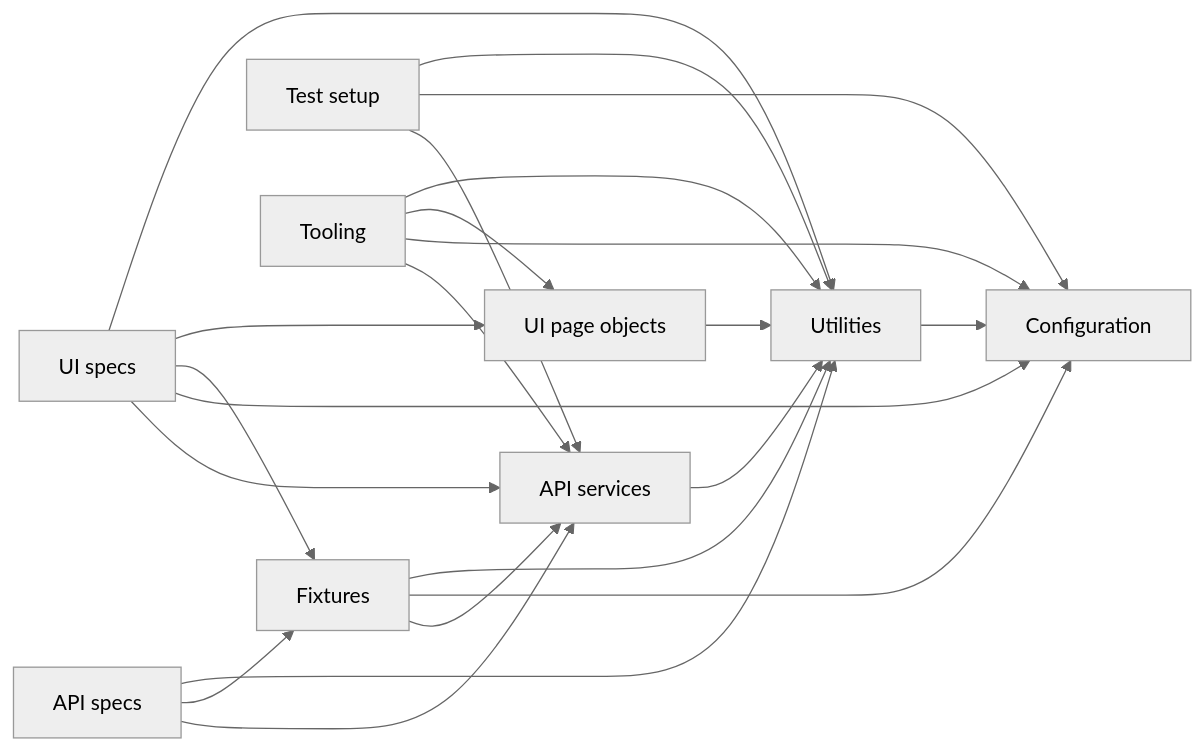
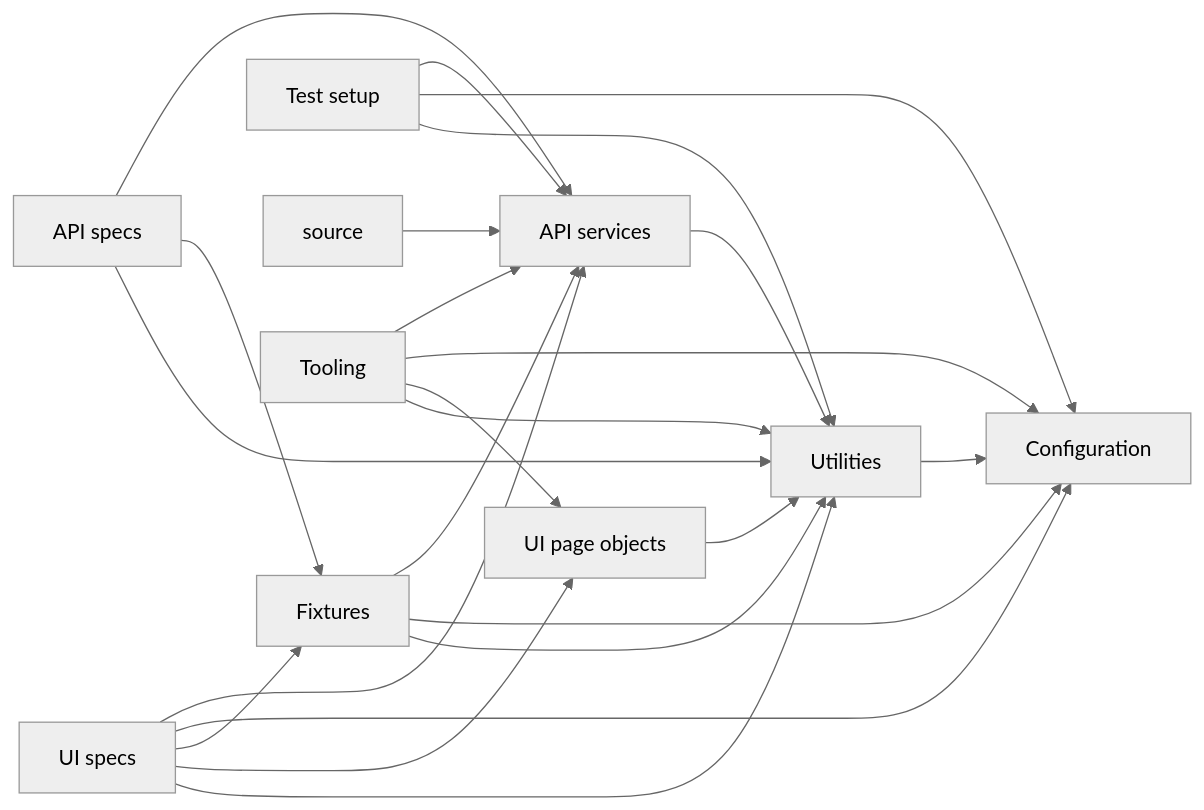
The diagram in knowledge/generated/graphs/architecture.md (Mallikarjun-Roddannavar/playwright-agentic-automation), drawn with Mermaid (neutral theme) before and after one commit. The commit also changed other lines of this file and 208 other files, not shown here.

````diff
--- a/knowledge/generated/graphs/architecture.md
+++ b/knowledge/generated/graphs/architecture.md
@@ -33,33 +33,35 @@
 ```mermaid
 flowchart LR
   node_6de4de0315["API services"]
   node_b2229e984a["API specs"]
   node_63f40f4be5["Configuration"]
   node_41089dbc2c["Fixtures"]
   node_75f969eee6["Test setup"]
+  node_29e482bf45["source"]
   node_35c7777589["Tooling"]
   node_560b1bca30["UI page objects"]
   node_a071ef0445["UI specs"]
   node_191ace11ef["Utilities"]
   node_6de4de0315 --> node_191ace11ef
   node_b2229e984a --> node_6de4de0315
   node_b2229e984a --> node_41089dbc2c
   node_b2229e984a --> node_191ace11ef
   node_41089dbc2c --> node_6de4de0315
   node_41089dbc2c --> node_63f40f4be5
   node_41089dbc2c --> node_191ace11ef
   node_75f969eee6 --> node_6de4de0315
   node_75f969eee6 --> node_63f40f4be5
   node_75f969eee6 --> node_191ace11ef
+  node_29e482bf45 --> node_6de4de0315
   node_35c7777589 --> node_6de4de0315
   node_35c7777589 --> node_63f40f4be5
   node_35c7777589 --> node_560b1bca30
   node_35c7777589 --> node_191ace11ef
   node_560b1bca30 --> node_191ace11ef
   node_a071ef0445 --> node_6de4de0315
   node_a071ef0445 --> node_63f40f4be5
   node_a071ef0445 --> node_41089dbc2c
   node_a071ef0445 --> node_560b1bca30
   node_a071ef0445 --> node_191ace11ef
   node_191ace11ef --> node_63f40f4be5
 ```
````
